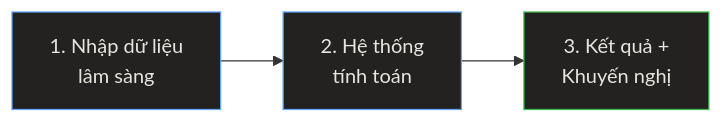
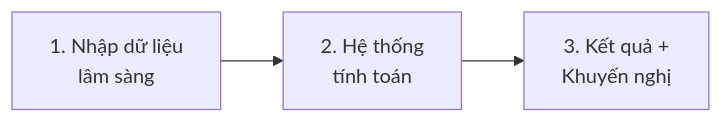
Before and after one commit to relukdev/PhuSanAnSinh: the diagram in src/pages/huong-dan/cong-cu-lam-sang.md, drawn with Mermaid. The commit also changed 6 other files, not shown here.

Commit message:
fix(mermaid): remove dark inline styles from all diagrams, use default theme

````diff
--- a/src/pages/huong-dan/cong-cu-lam-sang.md
+++ b/src/pages/huong-dan/cong-cu-lam-sang.md
@@ -39,8 +39,4 @@
 ```mermaid
 graph LR
-    style A fill:#232221,stroke:#60A5FA,color:#E8E5DF
-    style B fill:#232221,stroke:#60A5FA,color:#E8E5DF
-    style C fill:#232221,stroke:#3fb950,color:#E8E5DF
-
     A["1. Nhập dữ liệu<br/>lâm sàng"] --> B["2. Hệ thống<br/>tính toán"] --> C["3. Kết quả +<br/>Khuyến nghị"]
 ```
````
